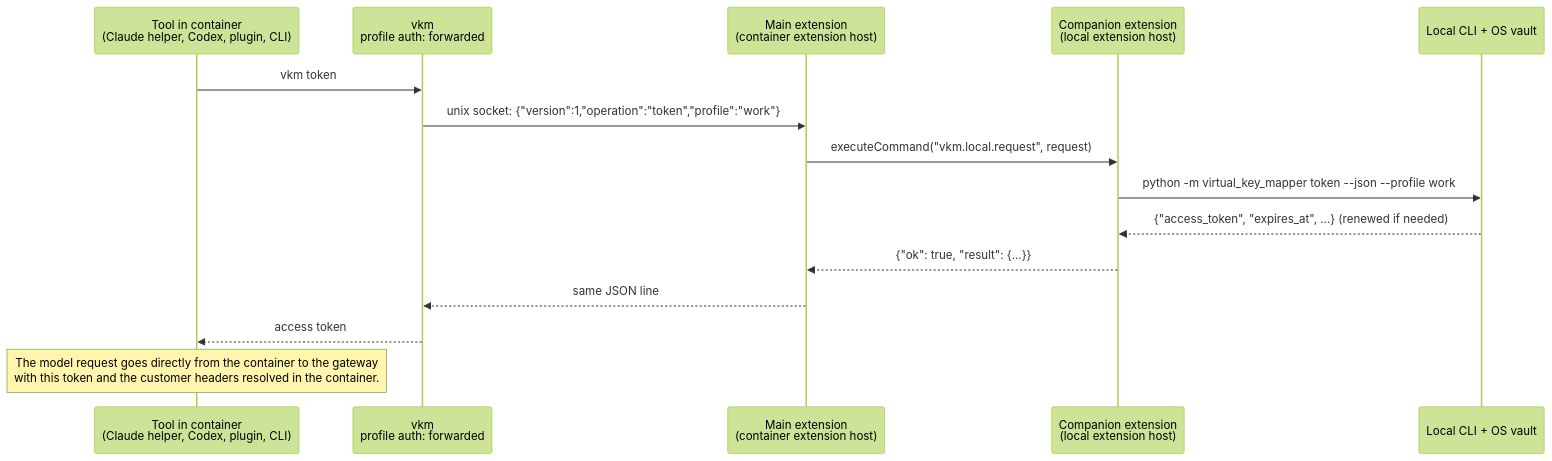
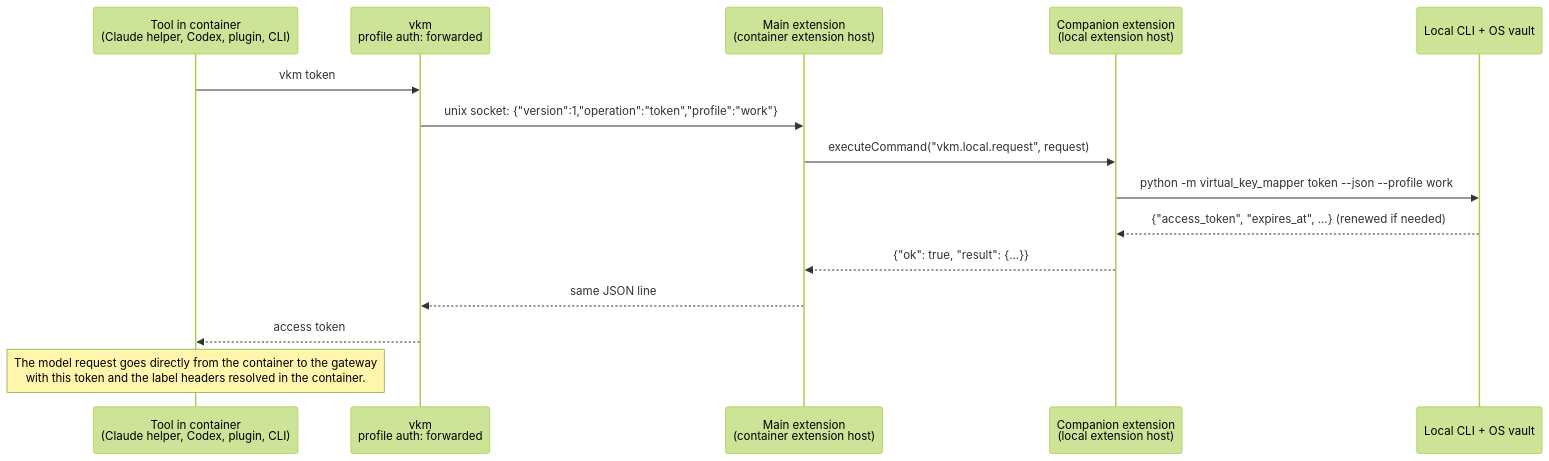
One commit to MarvinWeitz/llm-credential-mapping changed the first of 2 diagrams in docs/architecture.md. Above: the diagram before and after it, drawn with Mermaid (forest theme). The commit also changed other lines of this file and 64 other files, not shown here.

````diff
--- a/docs/architecture.md
+++ b/docs/architecture.md
@@ -271,17 +363,17 @@
 ```mermaid
 sequenceDiagram
     participant Tool as Tool in container<br/>(Claude helper, Codex, plugin, CLI)
     participant CLI as vkm<br/>profile auth: forwarded
     participant Relay as Main extension<br/>(container extension host)
     participant Local as Companion extension<br/>(local extension host)
     participant LCLI as Local CLI + OS vault
     Tool->>CLI: vkm token
     CLI->>Relay: unix socket: {"version":1,"operation":"token","profile":"work"}
     Relay->>Local: executeCommand("vkm.local.request", request)
     Local->>LCLI: python -m virtual_key_mapper token --json --profile work
     LCLI-->>Local: {"access_token", "expires_at", ...} (renewed if needed)
     Local-->>Relay: {"ok": true, "result": {...}}
     Relay-->>CLI: same JSON line
     CLI-->>Tool: access token
-    Note over Tool: The model request goes directly from the container to the gateway<br/>with this token and the customer headers resolved in the container.
+    Note over Tool: The model request goes directly from the container to the gateway<br/>with this token and the label headers resolved in the container.
 ```
````
